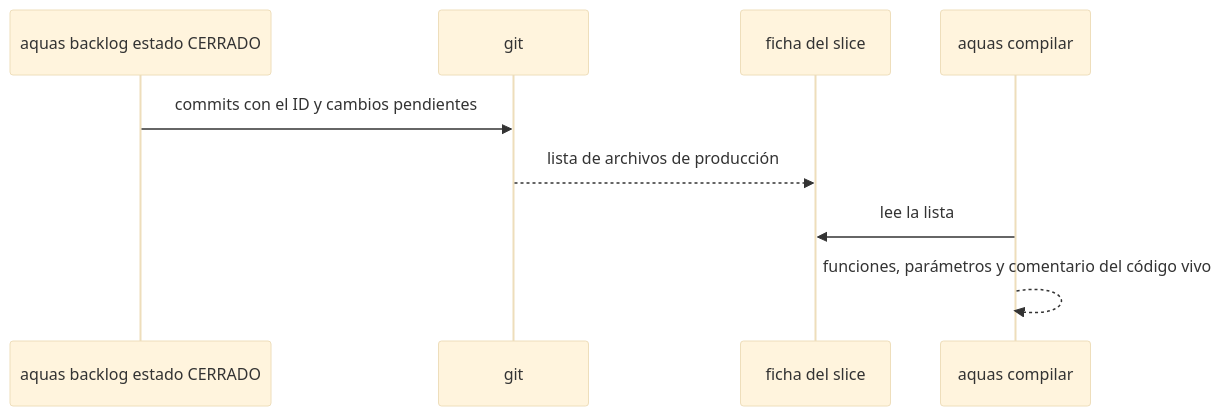
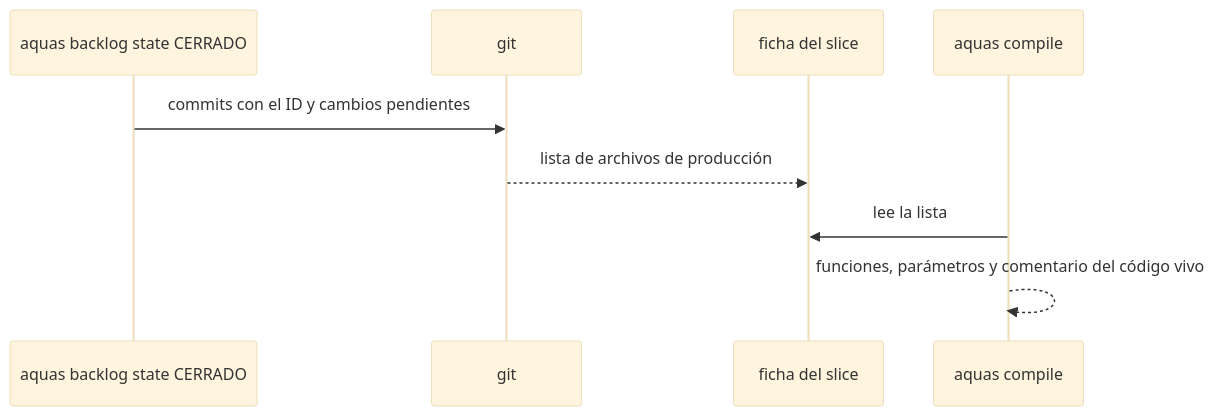
Before and after one commit to jliberal-aquas/aquas-central-harness-government: the diagram in docs/E001/F008/S005.md, drawn with Mermaid (base theme). The commit also changed other lines of this file and 184 other files, not shown here.

````diff
--- a/docs/E001/F008/S005.md
+++ b/docs/E001/F008/S005.md
@@ -37,11 +37,11 @@
 ```mermaid
 sequenceDiagram
-    participant B as aquas backlog estado CERRADO
+    participant B as aquas backlog state CERRADO
     participant G as git
     participant F as ficha del slice
-    participant C as aquas compilar
+    participant C as aquas compile
     B->>G: commits con el ID y cambios pendientes
     G-->>F: lista de archivos de producción
     C->>F: lee la lista
     C-->>C: funciones, parámetros y comentario del código vivo
 ```
````
